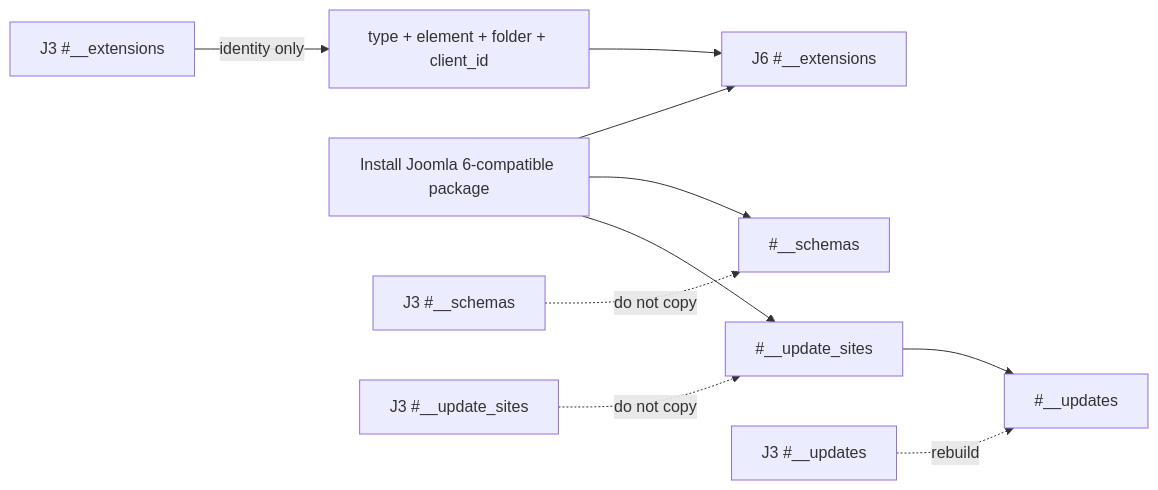
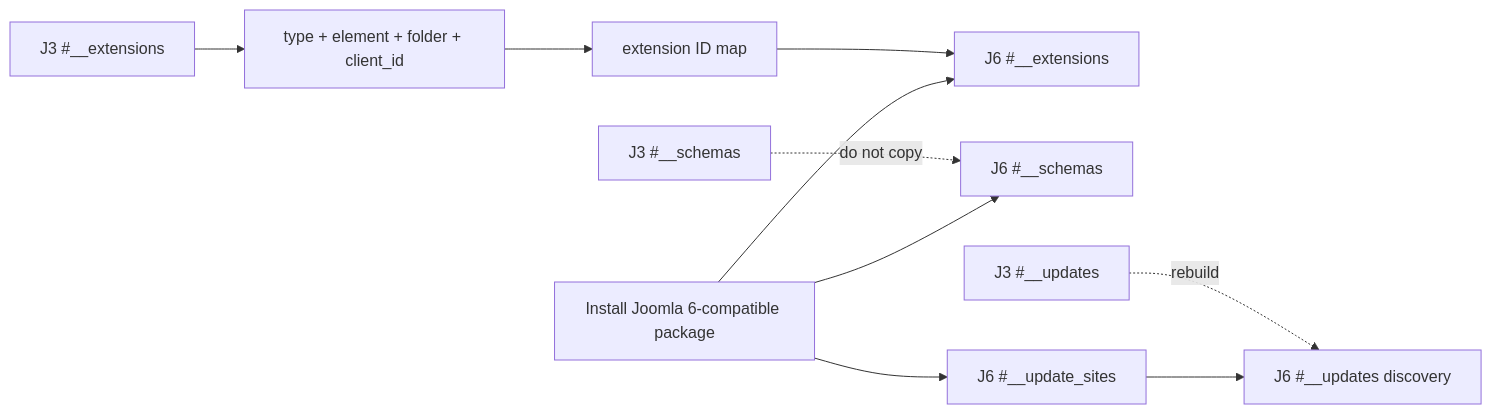
Before and after one commit to duyduyly/php-notebook: diagram 11 of 15 in docs/joomla/learning/database/joomla3-vs-joomla6-erd-gap-diagrams.md, drawn with Mermaid. The commit also changed other lines of this file, not shown here.

Commit message:
docs: fix Mermaid ERD gaps and add side-by-side table comparisons

````diff
--- a/docs/joomla/learning/database/joomla3-vs-joomla6-erd-gap-diagrams.md
+++ b/docs/joomla/learning/database/joomla3-vs-joomla6-erd-gap-diagrams.md
@@ -563,14 +410,13 @@
 ```mermaid
 flowchart LR
-    J3EXT["J3 #__extensions"] -->|identity only| MAP["type + element + folder + client_id"]
+    J3EXT["J3 #__extensions"] --> IDENTITY["type + element + folder + client_id"]
     INSTALL["Install Joomla 6-compatible package"] --> J6EXT["J6 #__extensions"]
-    MAP --> J6EXT
+    IDENTITY --> MAP["extension ID map"] --> J6EXT
 
-    INSTALL --> SCHEMA["#__schemas"]
-    INSTALL --> SITES["#__update_sites"]
-    SITES --> DISCOVERY["#__updates"]
+    INSTALL --> SCHEMA["J6 #__schemas"]
+    INSTALL --> SITE["J6 #__update_sites"]
+    SITE --> UPDATE["J6 #__updates discovery"]
 
     J3SCHEMA["J3 #__schemas"] -.->|do not copy| SCHEMA
-    J3SITES["J3 #__update_sites"] -.->|do not copy| SITES
-    J3UPDATES["J3 #__updates"] -.->|rebuild| DISCOVERY
+    J3UPDATE["J3 #__updates"] -.->|rebuild| UPDATE
 ```
````
